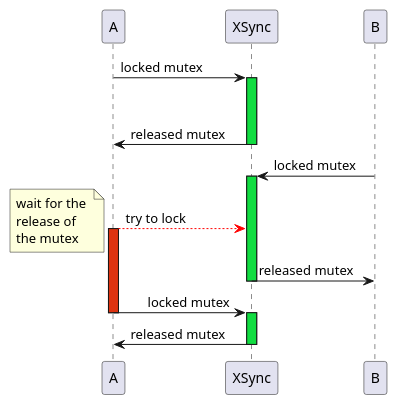
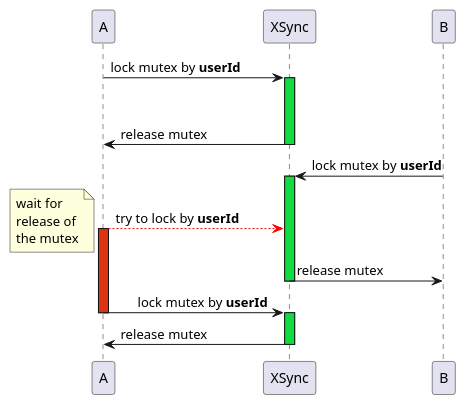
One commit to antkorwin/antkorwin.github.io changed the diagram in concurrency/synchronization_by_instance.adoc. Above: the diagram before and after it, drawn with PlantUML. The commit also changed other lines of this file and 3 other files, not shown here.

```diff
--- a/concurrency/synchronization_by_instance.adoc
+++ b/concurrency/synchronization_by_instance.adoc
@@ -41,29 +78,28 @@
 [plantuml]
 ....
-
-A -> XSync : locked mutex
+A -> XSync : lock mutex by **userId **
 activate XSync #11DD41
 ||35|
-XSync -> A : released mutex
+XSync -> A : release mutex
 deactivate XSync
 
-B -> XSync : locked mutex
+B -> XSync : lock mutex by **userId**
 activate XSync #11DD41
 
-A [#red]--> XSync : try to lock
+A [#red]--> XSync : try to lock by **userId**
 activate A #DD3311
-note left: wait for the \n\
+note left: wait for \n\
 release of \nthe mutex
 
 'A -> A : waiting
 
-XSync -> B : released mutex
+XSync -> B : release mutex
 deactivate XSync
 
-A -> XSync :\tlocked mutex
+A -> XSync :\tlock mutex by **userId**
 deactivate A
 activate XSync #11DD41
 
-XSync -> A : released mutex
+XSync -> A : release mutex
 deactivate XSync
 ....
```
